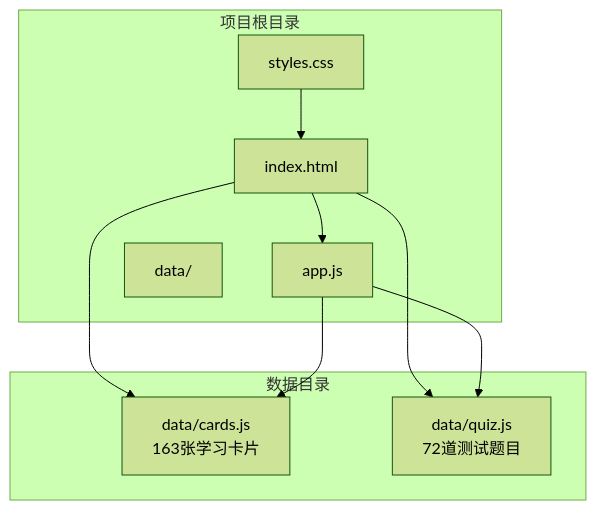
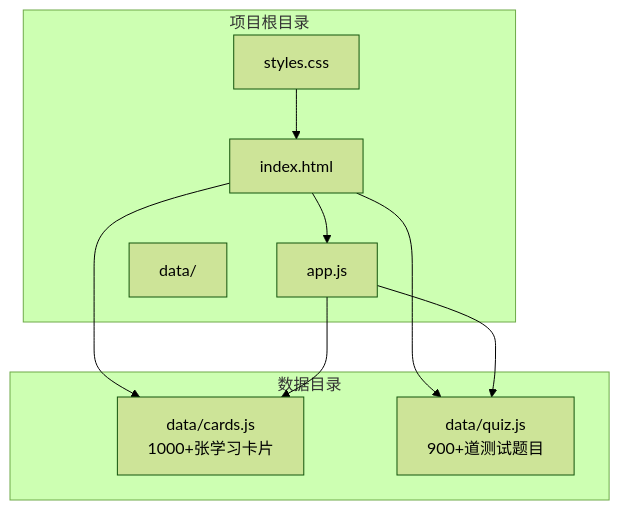
Before and after one commit to lukefun/wenyanbai-demo-v2: the first of 4 diagrams in .qoder/repowiki/zh/content/数据管理/数据结构说明.md, drawn with Mermaid (forest theme). The commit also changed other lines of this file and 6 other files, not shown here.

````diff
--- a/.qoder/repowiki/zh/content/数据管理/数据结构说明.md
+++ b/.qoder/repowiki/zh/content/数据管理/数据结构说明.md
@@ -35,16 +37,16 @@
 ```mermaid
 graph TB
 subgraph "项目根目录"
 HTML[index.html] --> JS[app.js]
 CSS[styles.css] --> HTML
 DATA[data/]
 end
 subgraph "数据目录"
-CARDS[data/cards.js<br/>163张学习卡片]
-QUIZ[data/quiz.js<br/>72道测试题目]
+CARDS[data/cards.js<br/>1000+张学习卡片]
+QUIZ[data/quiz.js<br/>900+道测试题目]
 end
 HTML --> CARDS
 HTML --> QUIZ
 JS --> CARDS
 JS --> QUIZ
 ```
````
